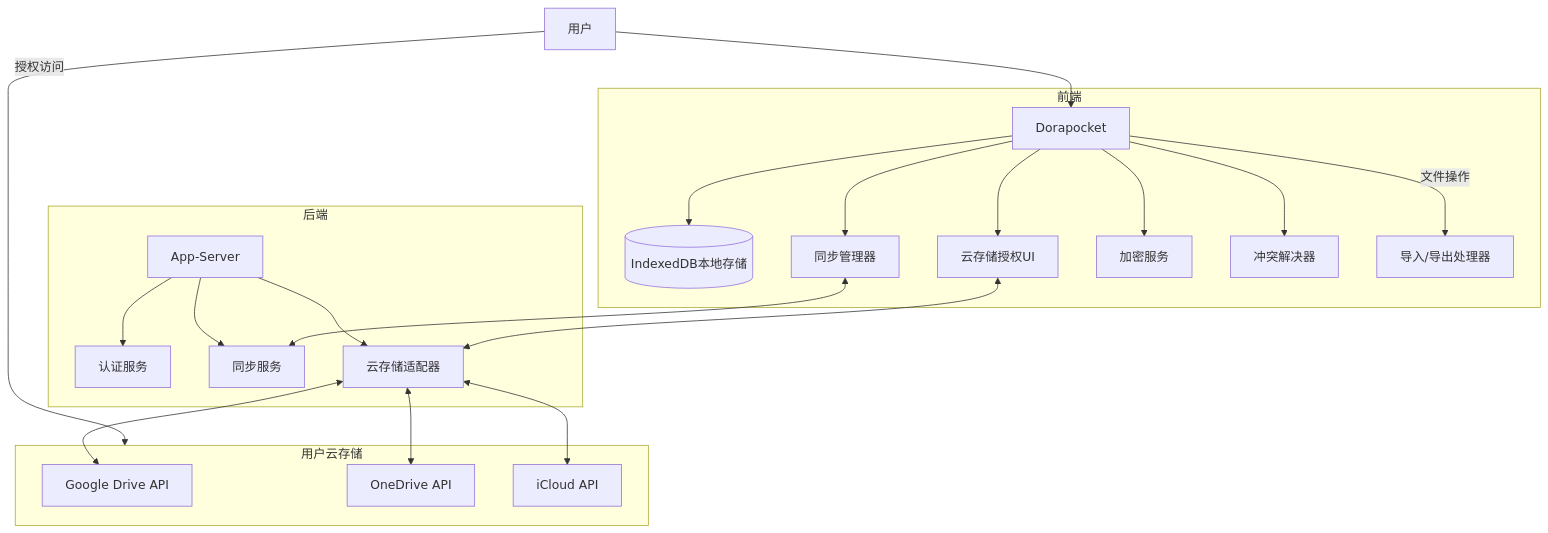
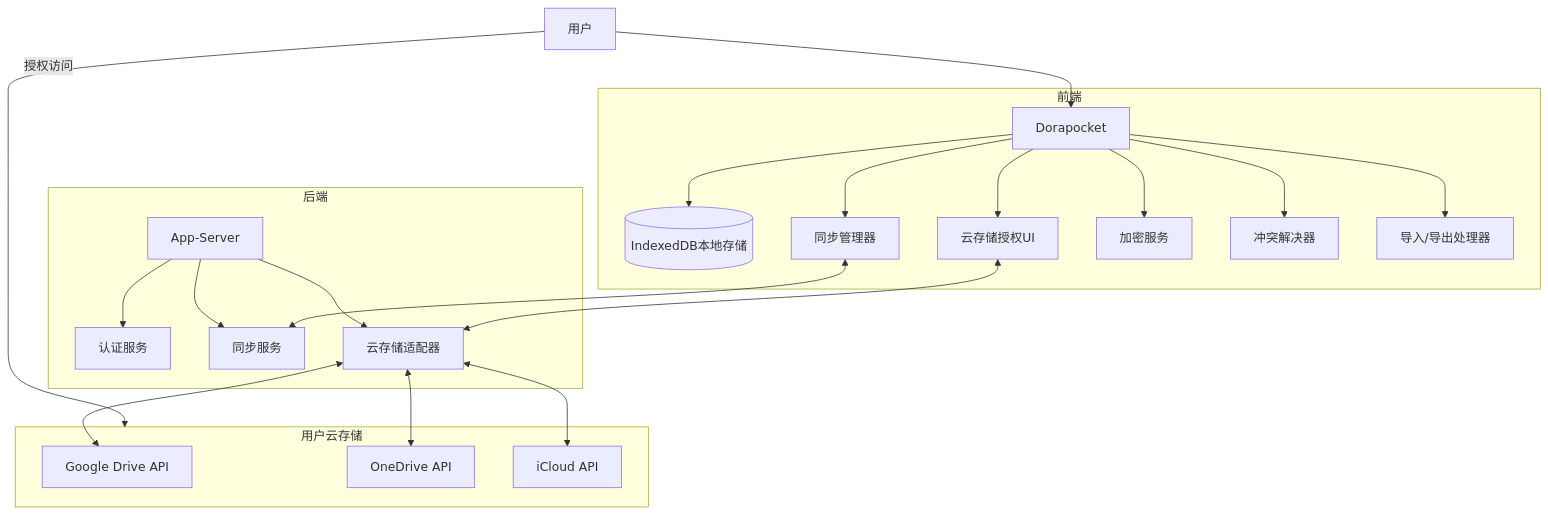
Before and after one commit to yingjianzh/iodraw-files: the diagram in all/未命名-34.md, drawn with Mermaid.

Commit message:
2025-04-17 10:47:24 update

````diff
--- a/all/未命名-34.md
+++ b/all/未命名-34.md
@@ -1,29 +1,29 @@
 ```mermaid
 flowchart TD
     User[用户] --> FrontEnd[Dorapocket]
     
     subgraph 前端
         FrontEnd --> LocalDB[(IndexedDB本地存储)]
         FrontEnd --> SyncManager[同步管理器]
         FrontEnd --> CloudAuthUI[云存储授权UI]
         FrontEnd --> CryptoService[加密服务]
         FrontEnd --> ConflictResolver[冲突解决器]
-        FrontEnd --> |文件操作| J[导入/导出处理器]
+        FrontEnd --> J[导入/导出处理器]
     end
     
     subgraph 后端
         AppServer[App-Server] --> AuthService[认证服务]
         AppServer --> SyncService[同步服务]
         AppServer --> CloudAdapter[云存储适配器]
     end
     
     subgraph 用户云存储
         CloudAdapter <--> GoogleDrive[Google Drive API]
         CloudAdapter <--> OneDrive[OneDrive API]
         CloudAdapter <--> iCloud[iCloud API]
     end
     
     User -- "授权访问" --> 用户云存储
     SyncManager <--> SyncService
     CloudAuthUI <--> CloudAdapter
 ```
````
